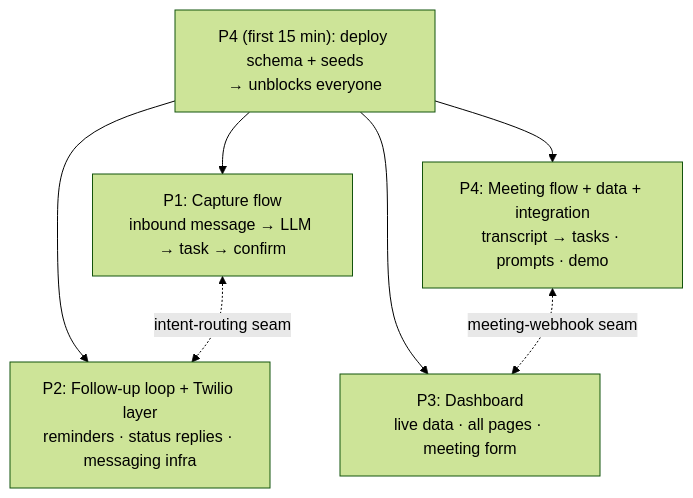
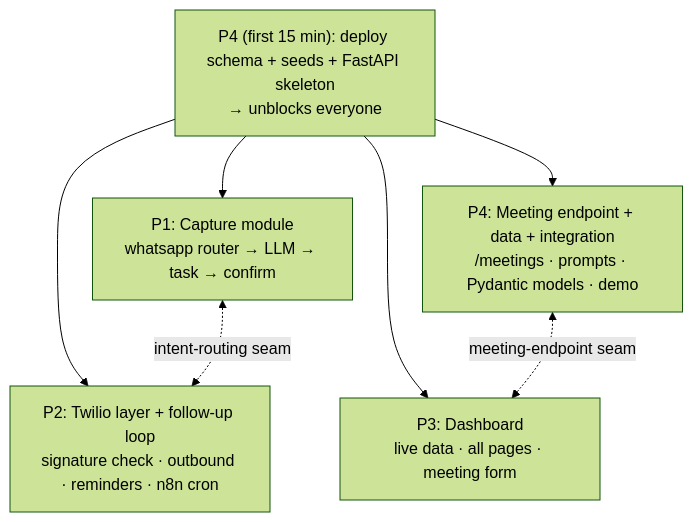
Before and after one commit to MateoBarbato/auto-mode-on: the diagram in docs/team/roles-and-ownership.md, drawn with Mermaid (forest theme). The commit also changed other lines of this file and 7 other files, not shown here.

First line of the commit message:
docs: pivot architecture to programmatic FastAPI pipeline (n8n scheduler-only)

````diff
--- a/docs/team/roles-and-ownership.md
+++ b/docs/team/roles-and-ownership.md
@@ -18,10 +21,10 @@
 ```mermaid
 flowchart TB
-  F["P4 (first 15 min): deploy schema + seeds<br/>→ unblocks everyone"]
-  F --> A["P1: Capture flow<br/>inbound message → LLM → task → confirm"]
-  F --> C["P2: Follow-up loop + Twilio layer<br/>reminders · status replies · messaging infra"]
+  F["P4 (first 15 min): deploy schema + seeds + FastAPI skeleton<br/>→ unblocks everyone"]
+  F --> A["P1: Capture module<br/>whatsapp router → LLM → task → confirm"]
+  F --> C["P2: Twilio layer + follow-up loop<br/>signature check · outbound · reminders · n8n cron"]
   F --> B["P3: Dashboard<br/>live data · all pages · meeting form"]
-  F --> D["P4: Meeting flow + data + integration<br/>transcript → tasks · prompts · demo"]
+  F --> D["P4: Meeting endpoint + data + integration<br/>/meetings · prompts · Pydantic models · demo"]
   A <-. intent-routing seam .-> C
-  D <-. meeting-webhook seam .-> B
+  D <-. meeting-endpoint seam .-> B
 ```
````
